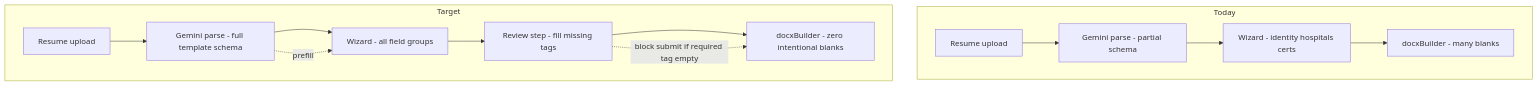
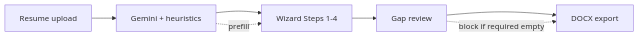
Before and after one commit to juanroddotdev/resume-rocket: the diagram in docs/VMS-FULL-COVERAGE-PLAN.md, drawn with Mermaid. The commit also changed other lines of this file and 20 other files, not shown here.

````diff
--- a/docs/VMS-FULL-COVERAGE-PLAN.md
+++ b/docs/VMS-FULL-COVERAGE-PLAN.md
@@ -15,21 +21,11 @@
 ```mermaid
-flowchart TB
-  subgraph today [Today]
-    Upload[Resume upload]
-    Gemini[Gemini parse - partial schema]
-    Wizard[Wizard - identity hospitals certs]
-    Docx[docxBuilder - many blanks]
-  end
-  Upload --> Gemini --> Wizard --> Docx
-
-  subgraph target [Target]
-    Upload2[Resume upload]
-    Gemini2[Gemini parse - full template schema]
-    GapReview[Review step - fill missing tags]
-    Wizard2[Wizard - all field groups]
-    Docx2[docxBuilder - zero intentional blanks]
-  end
-  Upload2 --> Gemini2 --> Wizard2 --> GapReview --> Docx2
-  Gemini2 -.->|prefill| Wizard2
-  GapReview -.->|block submit if required tag empty| Docx2
+flowchart LR
+  Upload[Resume upload]
+  Parse[Gemini + heuristics]
+  Wizard[Wizard Steps 1-4]
+  GapReview[Gap review]
+  Docx[DOCX export]
+  Upload --> Parse --> Wizard --> GapReview --> Docx
+  Parse -.->|prefill| Wizard
+  GapReview -.->|block if required empty| Docx
 ```
````
